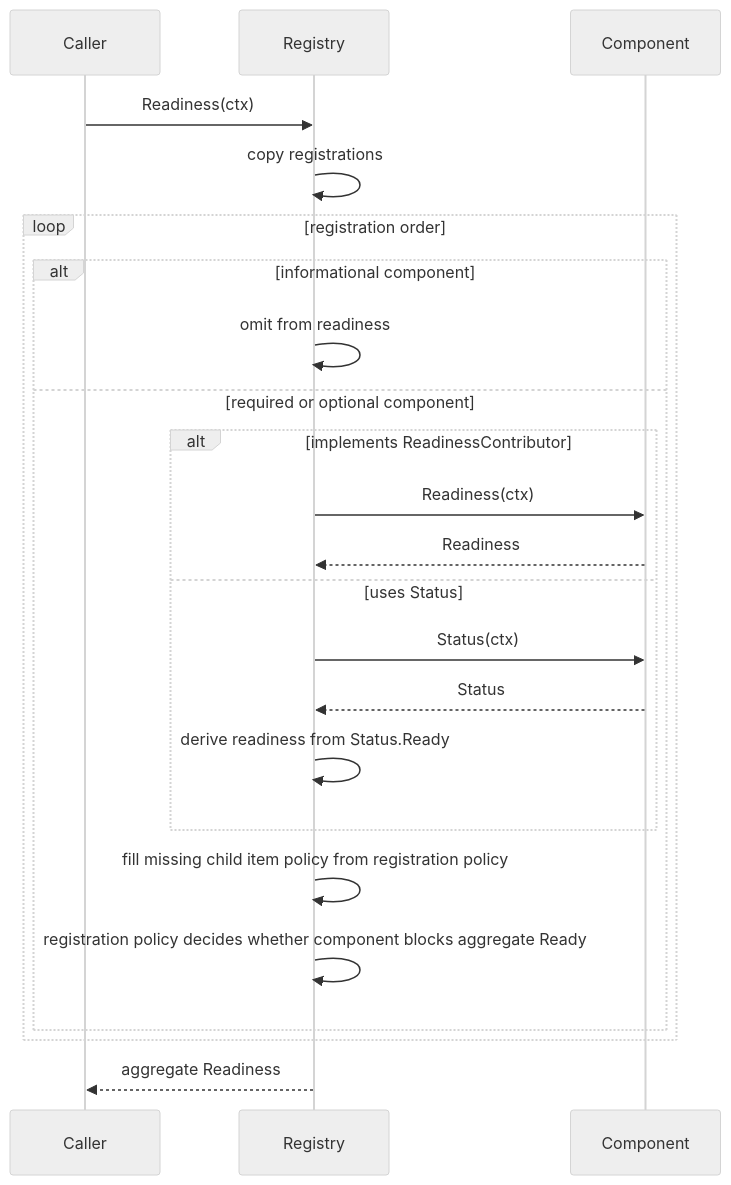
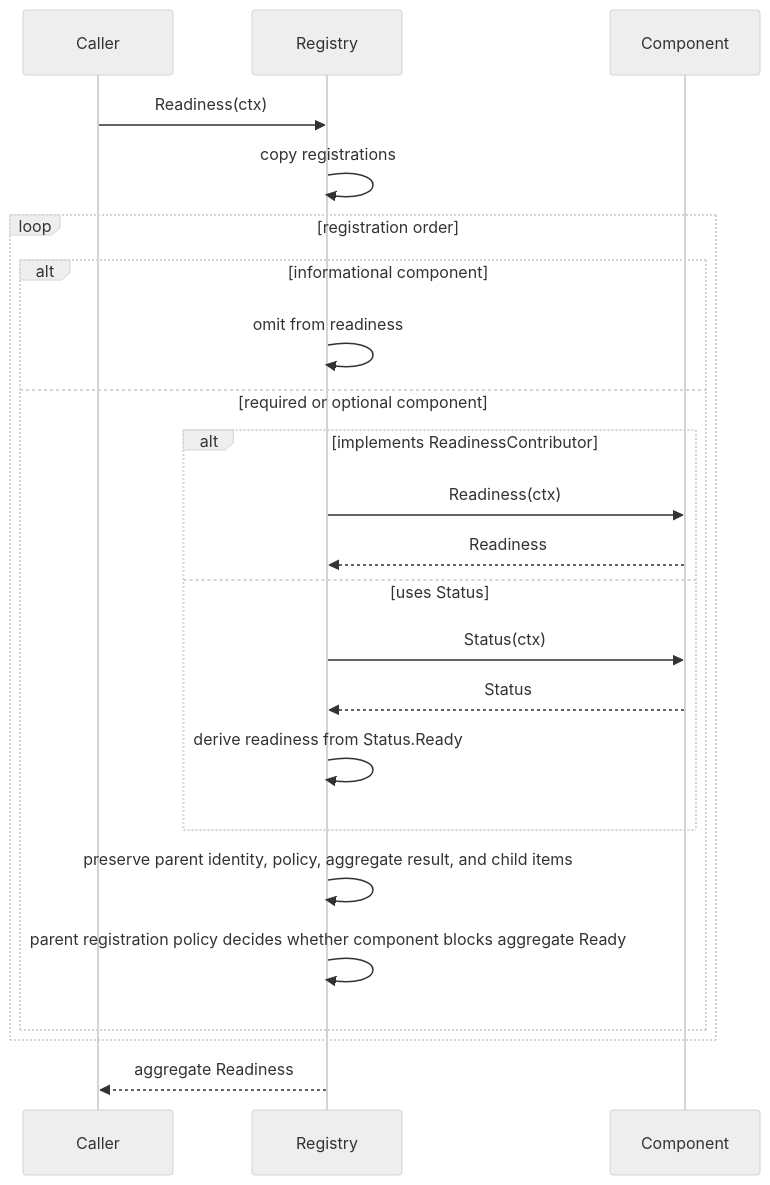
The third of 4 diagrams in docs/design.md (jaredjakacky/opskit), drawn with Mermaid (neutral theme) before and after one commit. The commit also changed other lines of this file and 11 other files, not shown here.

````diff
--- a/docs/design.md
+++ b/docs/design.md
@@ -369,29 +369,29 @@
 ```mermaid
 sequenceDiagram
   participant Caller
   participant Registry
   participant Component
 
   Caller->>Registry: Readiness(ctx)
   Registry->>Registry: copy registrations
 
   loop registration order
     alt informational component
       Registry->>Registry: omit from readiness
     else required or optional component
       alt implements ReadinessContributor
         Registry->>Component: Readiness(ctx)
         Component-->>Registry: Readiness
       else uses Status
         Registry->>Component: Status(ctx)
         Component-->>Registry: Status
         Registry->>Registry: derive readiness from Status.Ready
       end
 
-      Registry->>Registry: fill missing child item policy from registration policy
-      Registry->>Registry: registration policy decides whether component blocks aggregate Ready
+      Registry->>Registry: preserve parent identity, policy, aggregate result, and child items
+      Registry->>Registry: parent registration policy decides whether component blocks aggregate Ready
     end
   end
 
   Registry-->>Caller: aggregate Readiness
 ```
````
